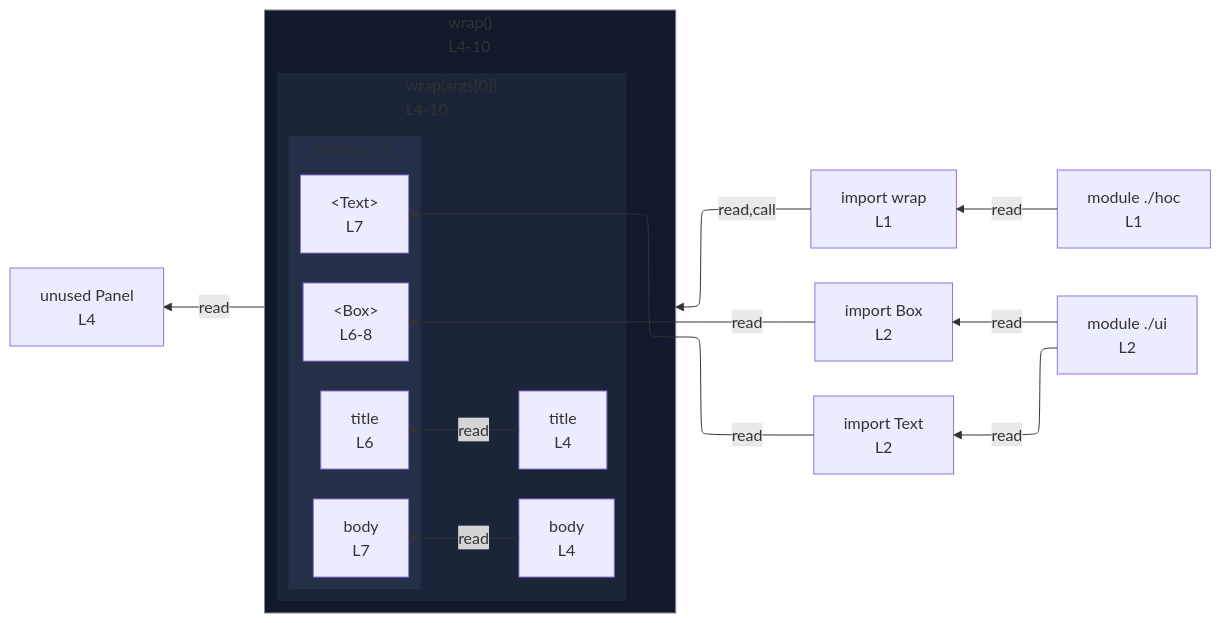
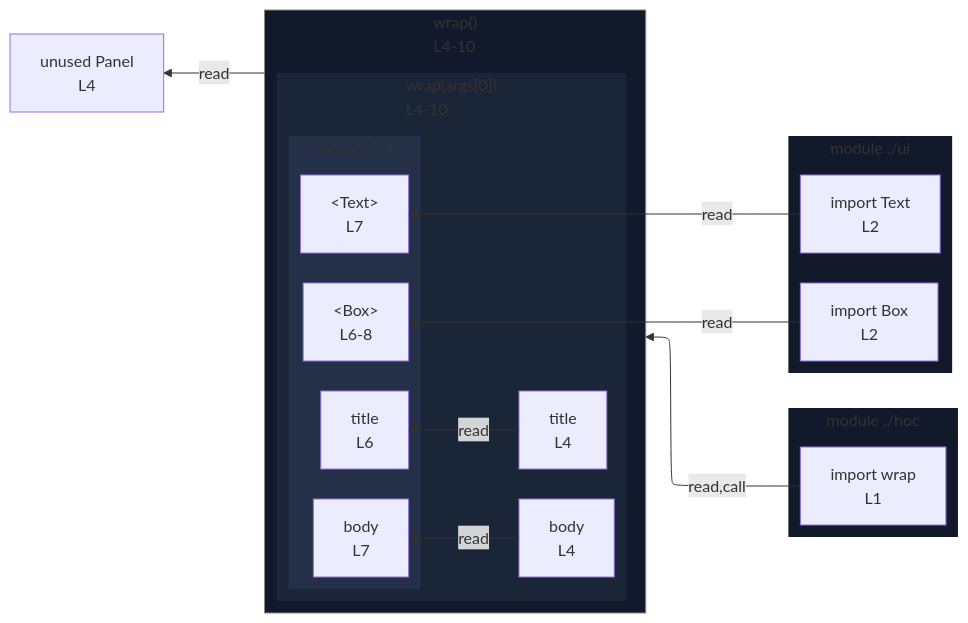
Before and after one commit to crescware/unsnarl: the diagram in integration/fixtures/jsx/call-argument-throw/preview.md, drawn with Mermaid. The commit also changed 153 other files, not shown here.

First line of the commit message:
Render import sources as module subgraphs instead of module nodes

````diff
--- a/integration/fixtures/jsx/call-argument-throw/preview.md
+++ b/integration/fixtures/jsx/call-argument-throw/preview.md
@@ -20,42 +20,45 @@
 ```mermaid
 %%{init: {"flowchart": {"defaultRenderer": "elk"}}}%%
 flowchart RL
-  n_scope_0_wrap_9["import wrap<br/>L1"]
-  n_scope_0_Box_39["import Box<br/>L2"]
-  n_scope_0_Text_44["import Text<br/>L2"]
   n_scope_0_Panel_78["unused Panel<br/>L4"]
   subgraph call_proxy_86["wrap()<br/>L4-10"]
     direction RL
     subgraph s_scope_1["wrap(args[0])<br/>L4-10"]
       direction RL
       n_scope_1_title_92["title<br/>L4"]
       n_scope_1_body_107["body<br/>L4"]
       subgraph s_throw_scope_1_128_201["throw L5-9"]
         direction RL
         throw_use_ref_2["&lt;Box&gt;<br/>L6-8"]
         throw_use_ref_3["title<br/>L6"]
         throw_use_ref_4["&lt;Text&gt;<br/>L7"]
         throw_use_ref_5["body<br/>L7"]
       end
     end
   end
+  subgraph sg___hoc["module ./hoc"]
+    direction RL
+    n_scope_0_wrap_9["import wrap<br/>L1"]
+  end
+  subgraph sg___ui["module ./ui"]
+    direction RL
+    n_scope_0_Box_39["import Box<br/>L2"]
+    n_scope_0_Text_44["import Text<br/>L2"]
+  end
   call_proxy_86 -->|read| n_scope_0_Panel_78
   n_scope_0_wrap_9 -->|read,call| call_proxy_86
   n_scope_0_Box_39 -->|read| throw_use_ref_2
   n_scope_1_title_92 -->|read| throw_use_ref_3
   n_scope_0_Text_44 -->|read| throw_use_ref_4
   n_scope_1_body_107 -->|read| throw_use_ref_5
-  mod___hoc["module ./hoc<br/>L1"]
-  mod___ui["module ./ui<br/>L2"]
-  mod___hoc -->|read| n_scope_0_wrap_9
-  mod___ui -->|read| n_scope_0_Box_39
-  mod___ui -->|read| n_scope_0_Text_44
   classDef nestL1 fill:#11192a,stroke:transparent;
   class call_proxy_86 nestL1;
+  class sg___hoc nestL1;
+  class sg___ui nestL1;
   classDef nestL2 fill:#1a2538,stroke:transparent;
   class s_scope_1 nestL2;
   classDef nestL3 fill:#243047,stroke:transparent;
   class s_throw_scope_1_128_201 nestL3;
   classDef edgeTargetSubgraph stroke:#888;
   class call_proxy_86 edgeTargetSubgraph;
 ```
````
